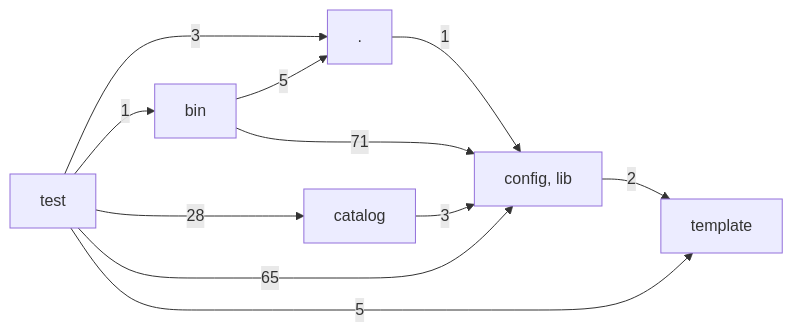
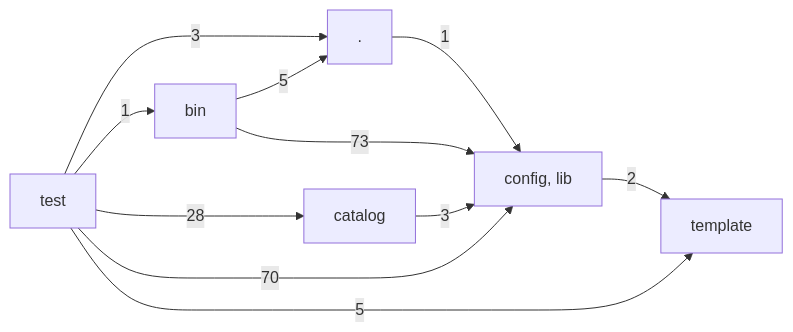
One commit to hackersandwizards/scaffolding changed the diagram in docs/architecture/layers.md. Above: the diagram before and after it, drawn with Mermaid. The commit also changed 12 other files, not shown here.

````diff
--- a/docs/architecture/layers.md
+++ b/docs/architecture/layers.md
@@ -3,19 +3,19 @@
 ```mermaid
 graph LR
   L0["."]
   L1["bin"]
   L2["catalog"]
   L3["config, lib"]
   L4["template"]
   L5["test"]
   L0 -->|1| L3
   L1 -->|5| L0
-  L1 -->|71| L3
+  L1 -->|73| L3
   L2 -->|3| L3
   L3 -->|2| L4
   L5 -->|3| L0
   L5 -->|1| L1
   L5 -->|28| L2
-  L5 -->|65| L3
+  L5 -->|70| L3
   L5 -->|5| L4
 ```
````
